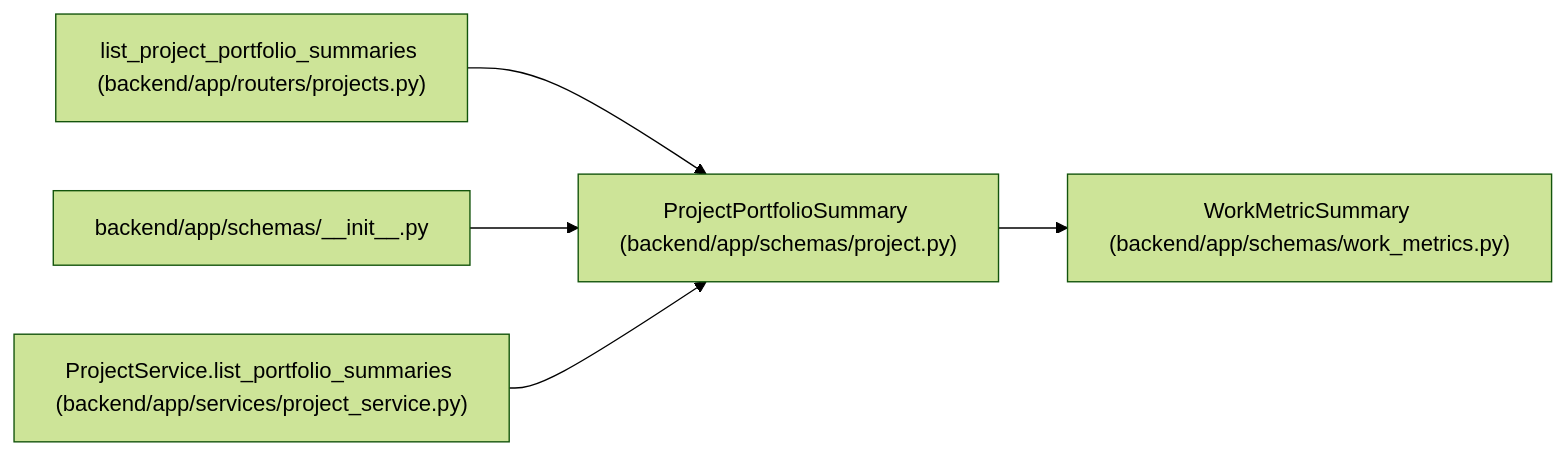
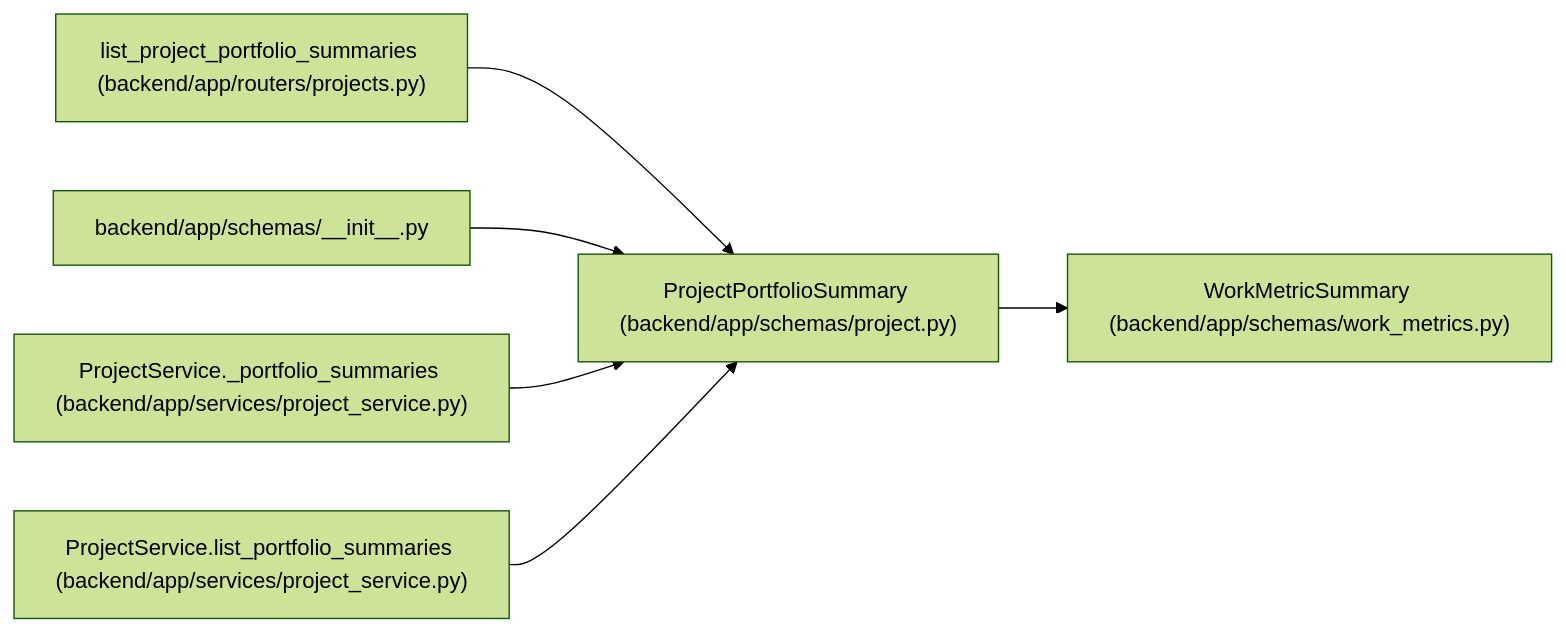
Before and after one commit to Denissvgn/WorkChord: the diagram in docs/llm_wiki/entities/schemas_project_ProjectPortfolioSummary.md, drawn with Mermaid (forest theme). The commit also changed other lines of this file and 2509 other files, not shown here.

````diff
--- a/docs/llm_wiki/entities/schemas_project_ProjectPortfolioSummary.md
+++ b/docs/llm_wiki/entities/schemas_project_ProjectPortfolioSummary.md
@@ -32,17 +32,20 @@
 ```mermaid
 flowchart LR
     n0["ProjectPortfolioSummary (backend/app/schemas/project.py)"]
     n1["WorkMetricSummary (backend/app/schemas/work_metrics.py)"]
     n2["list_project_portfolio_summaries (backend/app/routers/projects.py)"]
     n3["backend/app/schemas/__init__.py"]
-    n4["ProjectService.list_portfolio_summaries (backend/app/services/project_service.py)"]
+    n4["ProjectService._portfolio_summaries (backend/app/services/project_service.py)"]
+    n5["ProjectService.list_portfolio_summaries (backend/app/services/project_service.py)"]
     n0 --> n1
     n2 --> n0
     n3 --> n0
     n4 --> n0
+    n5 --> n0
     click n0 "../modules/schemas_project.md"
     click n1 "../modules/schemas_work_metrics.md"
     click n2 "../modules/projects.md"
     click n3 "../modules/schemas___init__.md"
     click n4 "../modules/project_service.md"
+    click n5 "../modules/project_service.md"
 ```
````
